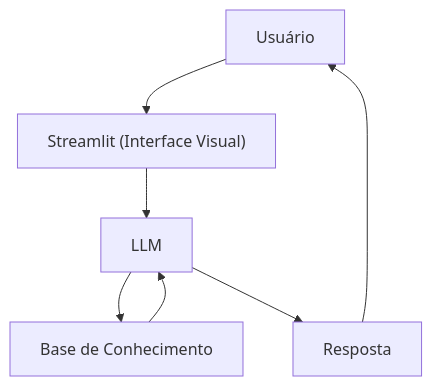
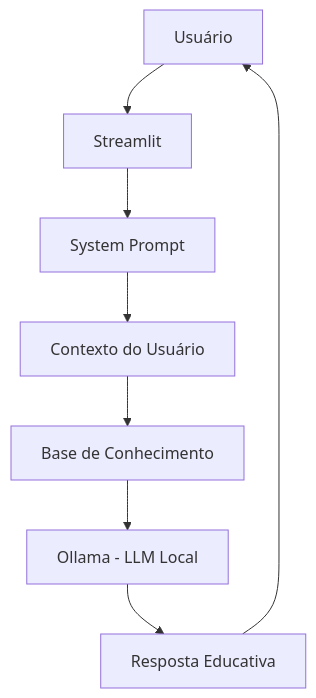
Before and after one commit to LuisRangel1999/dio-lab-bia-do-futuro: the diagram in docs/01-documentacao-agente.md, drawn with Mermaid.

Commit message:
Revise flowchart in documentation
Updated the flowchart to reflect changes in the user interaction and system components.

````diff
--- a/docs/01-documentacao-agente.md
+++ b/docs/01-documentacao-agente.md
@@ -50,9 +50,10 @@
 ```mermaid
 flowchart TD
-    A[Usuário] --> B["Streamlit (Interface Visual)"]
-    B --> C[LLM]
-    C --> D[Base de Conhecimento]
-    D --> C
-    C --> E[Resposta]
-    E --> A
+    A[Usuário] --> B[Streamlit]
+    B --> C[System Prompt]
+    C --> D[Contexto do Usuário]
+    D --> E[Base de Conhecimento]
+    E --> F[Ollama - LLM Local]
+    F --> G[Resposta Educativa]
+    G --> A
 ```
````
